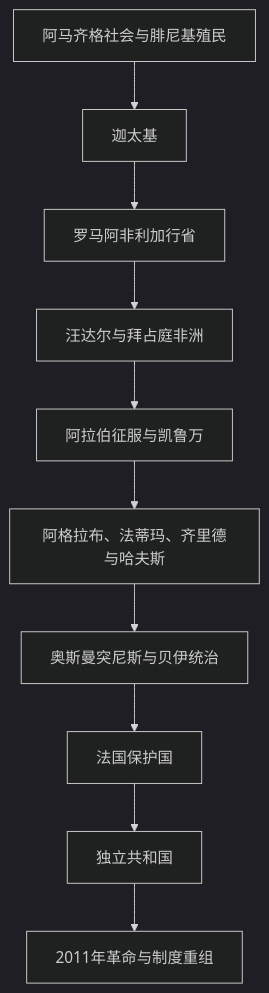
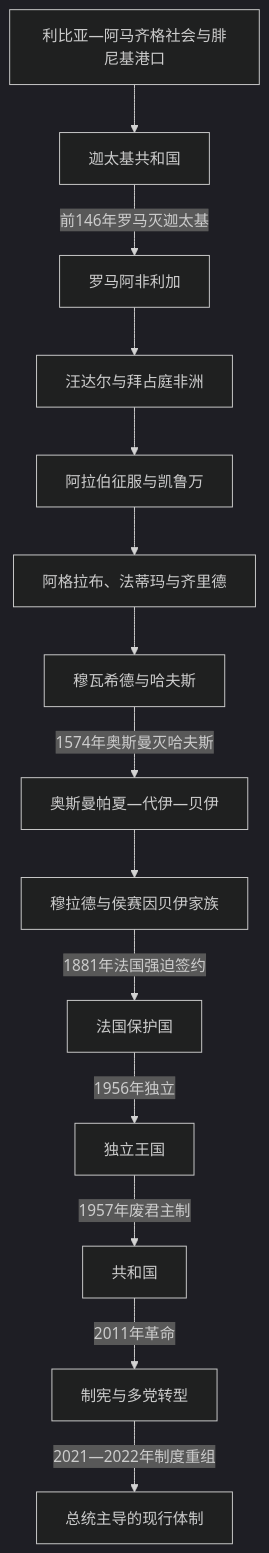
Before and after one commit to tianlan-dev/learning-notes: the diagram in 人文科学/历史/北非/突尼斯/README.md, drawn with Mermaid (dark theme). The commit also changed other lines of this file and 1417 other files, not shown here.

````diff
--- a/人文科学/历史/北非/突尼斯/README.md
+++ b/人文科学/历史/北非/突尼斯/README.md
@@ -15,12 +15,16 @@
 ```mermaid
 flowchart TD
-    A["阿马齐格社会与腓尼基殖民"] --> B["迦太基"]
-    B --> C["罗马阿非利加行省"]
+    A["利比亚—阿马齐格社会与腓尼基港口"] --> B["迦太基共和国"]
+    B -->|前146年罗马灭迦太基| C["罗马阿非利加"]
     C --> D["汪达尔与拜占庭非洲"]
     D --> E["阿拉伯征服与凯鲁万"]
-    E --> F["阿格拉布、法蒂玛、齐里德与哈夫斯"]
-    F --> G["奥斯曼突尼斯与贝伊统治"]
-    G --> H["法国保护国"]
-    H --> I["独立共和国"]
-    I --> J["2011年革命与制度重组"]
+    E --> F["阿格拉布、法蒂玛与齐里德"]
+    F --> G["穆瓦希德与哈夫斯"]
+    G -->|1574年奥斯曼灭哈夫斯| H["奥斯曼帕夏—代伊—贝伊"]
+    H --> I["穆拉德与侯赛因贝伊家族"]
+    I -->|1881年法国强迫签约| J["法国保护国"]
+    J -->|1956年独立| K["独立王国"]
+    K -->|1957年废君主制| L["共和国"]
+    L -->|2011年革命| M["制宪与多党转型"]
+    M -->|2021—2022年制度重组| N["总统主导的现行体制"]
 ```
````
